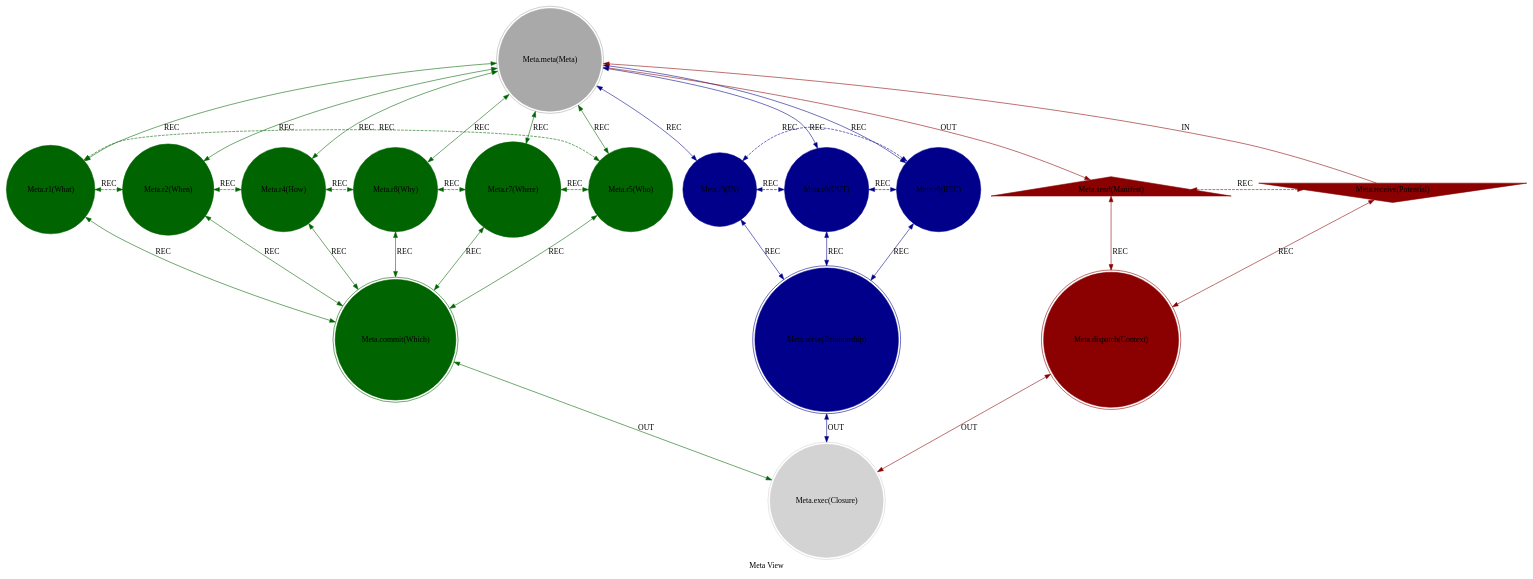
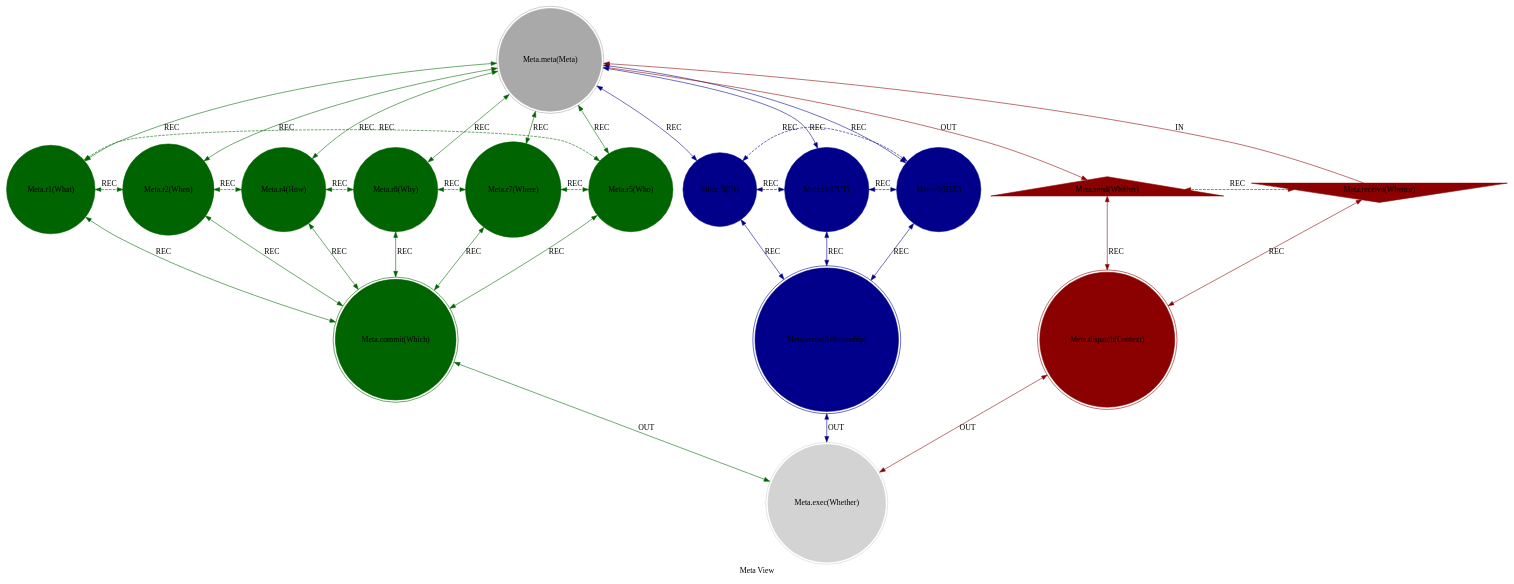
One commit to cilang/mythos changed the diagram in src/includes/view/mythos_view_meta.dot. Above: the diagram before and after it, drawn with Graphviz.

```diff
--- a/src/includes/view/mythos_view_meta.dot
+++ b/src/includes/view/mythos_view_meta.dot
@@ -1,64 +1,64 @@
 strict digraph MetaView {
     style = filled;
     color = lightgray;
     node [shape = circle; style = filled; color = lightgreen;];
     edge [color = darkgray;];
     label = "Meta View";
     comment = "The pattern that defines patterns. The Sparklet of Sparklets. It governs the fundamental questions (6W+1H) and the relationships (IN, OUT, REC) that constitute any event, process, or meaning.";
     
     spark_0_meta_view_t [label = "Meta.meta(Meta)";comment = "Abstract: The concept of concept itself. The primordial pattern of abstraction.";shape = doublecircle;color = darkgray;];
     spark_1_meta_view_t [label = "Meta.r1(What)";comment = "Initiation: The question of essence and substance. Defines the object of action.";color = darkgreen;];
     spark_2_meta_view_t [label = "Meta.r2(When)";comment = "Response: The question of time and sequence. Defines the temporal context.";color = darkgreen;];
     spark_4_meta_view_t [label = "Meta.r4(How)";comment = "Integration: The question of method and process. Defines the transformation.";color = darkgreen;];
     spark_8_meta_view_t [label = "Meta.r8(Why)";comment = "Reflection: The question of cause and purpose. Defines the intent and reason.";color = darkgreen;];
     spark_7_meta_view_t [label = "Meta.r7(Where)";comment = "Consolidation: The question of place and domain. Defines the spatial context.";color = darkgreen;];
     spark_5_meta_view_t [label = "Meta.r5(Who)";comment = "Propagation: The question of agency and identity. Defines the actor and recipient.";color = darkgreen;];
     spark_3_meta_view_t [label = "Meta.r3(IN)";comment = "Thesis: The fundamental principle of Potential and Reception. The beginning.";color = darkblue;];
     spark_6_meta_view_t [label = "Meta.r6(OUT)";comment = "Antithesis: The fundamental principle of Manifestation and Emission. The end.";color = darkblue;];
     spark_9_meta_view_t [label = "Meta.r9(REC)";comment = "Synthesis: The fundamental principle of Relationship and Recursion. The cycle that binds IN to OUT.";color = darkblue;];
-    spark_a_meta_view_t [label = "Meta.receive(Potential)";comment = "Potential: The undifferentiated source of all possible patterns and questions.";shape = invtriangle;color = darkred;];
-    spark_b_meta_view_t [label = "Meta.send(Manifest)";comment = "Manifest: The emission of a fully resolved and defined pattern, ready for execution.";shape = triangle;color = darkred;];
+    spark_a_meta_view_t [label = "Meta.receive(Whence)";comment = "Potential: The undifferentiated source of all possible patterns and questions.";shape = invtriangle;color = darkred;];
+    spark_b_meta_view_t [label = "Meta.send(Whither)";comment = "Manifest: The emission of a fully resolved and defined pattern, ready for execution.";shape = triangle;color = darkred;];
     spark_c_meta_view_t [label = "Meta.dispatch(Context)";comment = "Why-Who: Determines the contextual framework for processing the potential.";shape = doublecircle;color = darkred;];
     spark_d_meta_view_t [label = "Meta.commit(Which)";comment = "What-How: The act of selection and commitment. Resolves 'Which specific answer to the 6W questions?'";shape = doublecircle;color = darkgreen;];
     spark_e_meta_view_t [label = "Meta.serve(Relationship)";comment = "When-Where: Serves the web of Relationships between all concepts (IN/OUT, the 6Ws).";shape = doublecircle;color = darkblue;];
-    spark_f_meta_view_t [label = "Meta.exec(Closure)";comment = "Which-Closure: The final binding of a pattern into a manifest, executable unit of reality.";shape = doublecircle;color = lightgray;];
+    spark_f_meta_view_t [label = "Meta.exec(Whether)";comment = "Which-Closure: The final binding of a pattern into a manifest, executable unit of reality.";shape = doublecircle;color = lightgray;];
     
     spark_a_meta_view_t -> spark_0_meta_view_t [label = "IN"; comment = "todo"; color = darkred; constraint = false;];
     spark_0_meta_view_t -> spark_b_meta_view_t [label = "OUT"; comment = "todo"; color = darkred;];
     spark_0_meta_view_t -> spark_3_meta_view_t [label = "REC"; comment = "todo"; color = darkblue; dir = both;];
     spark_0_meta_view_t -> spark_6_meta_view_t [label = "REC"; comment = "todo"; color = darkblue; dir = both;];
     spark_0_meta_view_t -> spark_9_meta_view_t [label = "REC"; comment = "todo"; color = darkblue; dir = both;];
     spark_0_meta_view_t -> spark_1_meta_view_t [label = "REC"; comment = "todo"; color = darkgreen; dir = both;];
     spark_0_meta_view_t -> spark_2_meta_view_t [label = "REC"; comment = "todo"; color = darkgreen; dir = both;];
     spark_0_meta_view_t -> spark_4_meta_view_t [label = "REC"; comment = "todo"; color = darkgreen; dir = both;];
     spark_0_meta_view_t -> spark_8_meta_view_t [label = "REC"; comment = "todo"; color = darkgreen; dir = both;];
     spark_0_meta_view_t -> spark_7_meta_view_t [label = "REC"; comment = "todo"; color = darkgreen; dir = both;];
     spark_0_meta_view_t -> spark_5_meta_view_t [label = "REC"; comment = "todo"; color = darkgreen; dir = both;];
     
     spark_a_meta_view_t -> spark_c_meta_view_t [label = "REC"; comment = "todo"; color = darkred; dir = both;];
     spark_b_meta_view_t -> spark_c_meta_view_t [label = "REC"; comment = "todo"; color = darkred; dir = both;];
     spark_1_meta_view_t -> spark_d_meta_view_t [label = "REC"; comment = "todo"; color = darkgreen; dir = both;];
     spark_2_meta_view_t -> spark_d_meta_view_t [label = "REC"; comment = "todo"; color = darkgreen; dir = both;];
     spark_4_meta_view_t -> spark_d_meta_view_t [label = "REC"; comment = "todo"; color = darkgreen; dir = both;];
     spark_8_meta_view_t -> spark_d_meta_view_t [label = "REC"; comment = "todo"; color = darkgreen; dir = both;];
     spark_7_meta_view_t -> spark_d_meta_view_t [label = "REC"; comment = "todo"; color = darkgreen; dir = both;];
     spark_5_meta_view_t -> spark_d_meta_view_t [label = "REC"; comment = "todo"; color = darkgreen; dir = both;];
     spark_3_meta_view_t -> spark_e_meta_view_t [label = "REC"; comment = "todo"; color = darkblue; dir = both;];
     spark_6_meta_view_t -> spark_e_meta_view_t [label = "REC"; comment = "todo"; color = darkblue; dir = both;];
     spark_9_meta_view_t -> spark_e_meta_view_t [label = "REC"; comment = "todo"; color = darkblue; dir = both;];
     
     spark_1_meta_view_t -> spark_2_meta_view_t [label = "REC"; comment = "todo"; color = darkgreen; dir = both; style = dashed; constraint = false;];
     spark_2_meta_view_t -> spark_4_meta_view_t [label = "REC"; comment = "todo"; color = darkgreen; dir = both; style = dashed; constraint = false;];
     spark_4_meta_view_t -> spark_8_meta_view_t [label = "REC"; comment = "todo"; color = darkgreen; dir = both; style = dashed; constraint = false;];
     spark_8_meta_view_t -> spark_7_meta_view_t [label = "REC"; comment = "todo"; color = darkgreen; dir = both; style = dashed; constraint = false;];
     spark_7_meta_view_t -> spark_5_meta_view_t [label = "REC"; comment = "todo"; color = darkgreen; dir = both; style = dashed; constraint = false;];
     spark_5_meta_view_t -> spark_1_meta_view_t [label = "REC"; comment = "todo"; color = darkgreen; dir = both; style = dashed; constraint = false;];
     spark_3_meta_view_t -> spark_6_meta_view_t [label = "REC"; comment = "todo"; color = darkblue; dir = both; style = dashed; constraint = false;];
     spark_6_meta_view_t -> spark_9_meta_view_t [label = "REC"; comment = "todo"; color = darkblue; dir = both; style = dashed; constraint = false;];
     spark_9_meta_view_t -> spark_3_meta_view_t [label = "REC"; comment = "todo"; color = darkblue; dir = both; style = dashed; constraint = false;];
     spark_a_meta_view_t -> spark_b_meta_view_t [label = "REC"; comment = "todo"; color = darkred; dir = both; style = dashed; constraint = false;];
     
     spark_c_meta_view_t -> spark_f_meta_view_t [label = "OUT"; comment = "todo"; color = darkred; dir = both;];
     spark_d_meta_view_t -> spark_f_meta_view_t [label = "OUT"; comment = "todo"; color = darkgreen; dir = both;];
     spark_e_meta_view_t -> spark_f_meta_view_t [label = "OUT"; comment = "todo"; color = darkblue; dir = both;];
 }
```
